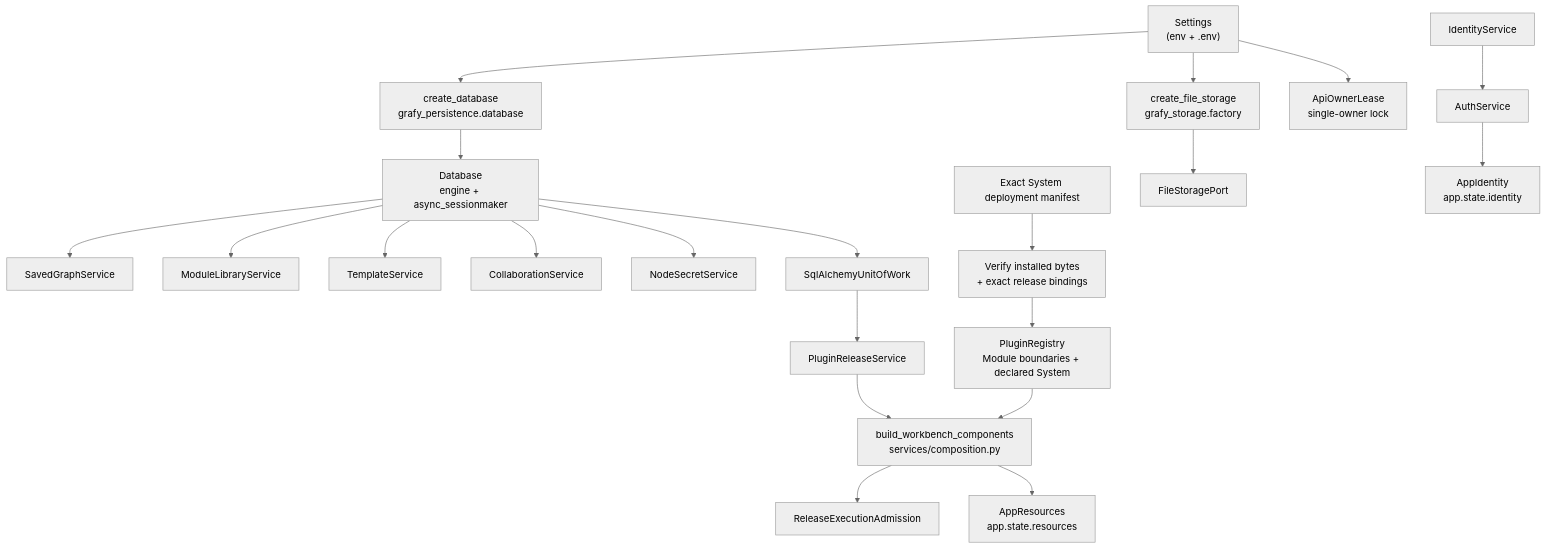
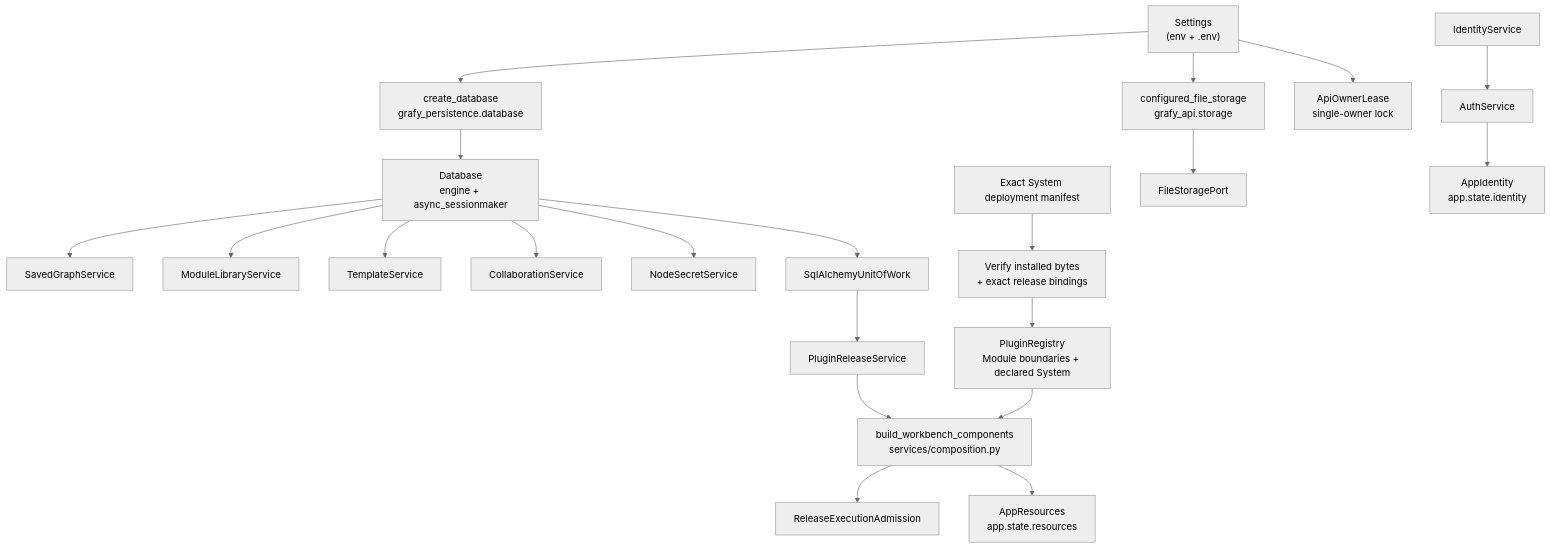
The third of 13 diagrams in docs/design/backend-architecture.md (artpods56/grafY), drawn with Mermaid (neutral theme) before and after one commit. The commit also changed other lines of this file and 4 other files, not shown here.

Commit message:
refactor(api): own storage backend selection in configuration

````diff
--- a/docs/design/backend-architecture.md
+++ b/docs/design/backend-architecture.md
@@ -135,27 +135,27 @@
 ```mermaid
 flowchart TB
     Settings["Settings\n(env + .env)"] --> Database["create_database\ngrafy_persistence.database"]
-    Settings --> StorageFactory["create_file_storage\ngrafy_storage.factory"]
+    Settings --> StorageFactory["configured_file_storage\ngrafy_api.storage"]
     Settings --> OwnerLease["ApiOwnerLease\nsingle-owner lock"]
 
     Database --> Db["Database\nengine + async_sessionmaker"]
     Db --> SavedGraphs["SavedGraphService"]
     Db --> ModuleLib["ModuleLibraryService"]
     Db --> Templates["TemplateService"]
     Db --> Collab["CollaborationService"]
     Db --> NodeSecrets["NodeSecretService"]
     Db --> UoW["SqlAlchemyUnitOfWork"]
 
     HostManifest["Exact System deployment manifest"] --> HostVerify["Verify installed bytes\n+ exact release bindings"]
     HostVerify --> Registry["PluginRegistry\nModule boundaries + declared System"]
     Registry --> Components["build_workbench_components\nservices/composition.py"]
     UoW --> Releases["PluginReleaseService"]
     Releases --> Components
     Components --> Admission["ReleaseExecutionAdmission"]
 
     StorageFactory --> Storage["FileStoragePort"]
     Components --> AppResources["AppResources\napp.state.resources"]
 
     Identity["IdentityService"] --> Auth["AuthService"]
     Auth --> AppIdentity["AppIdentity\napp.state.identity"]
 ```
````
